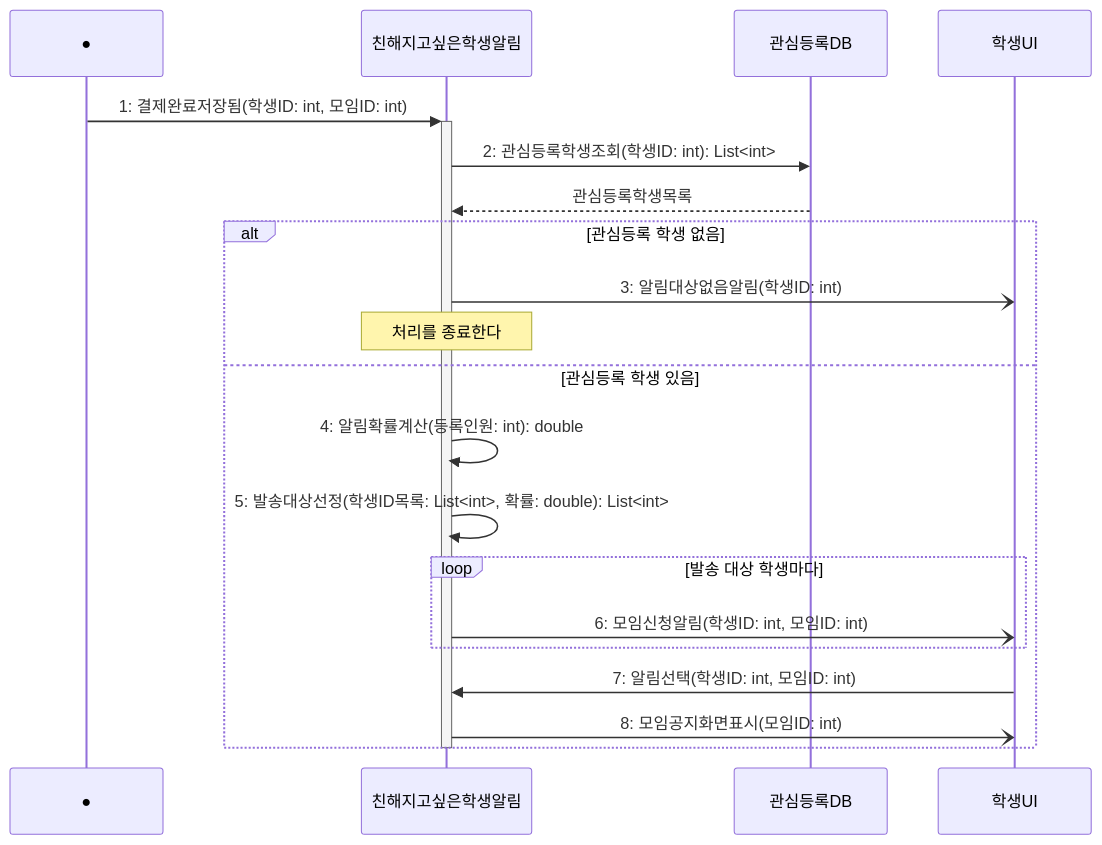
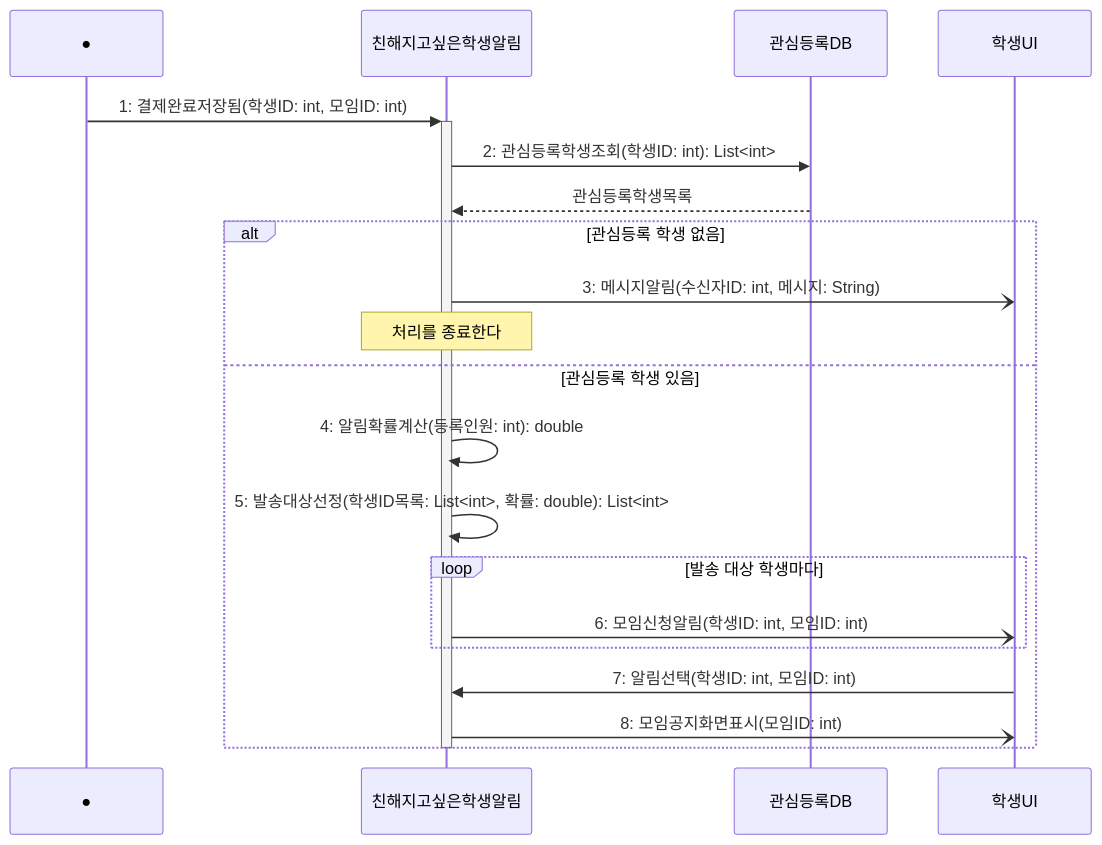
One commit to hojae3/sw-engineering-16 changed the diagram in sequence/seq-03.md. Above: the diagram before and after it, drawn with Mermaid. The commit also changed other lines of this file and 19 other files, not shown here.

````diff
--- a/sequence/seq-03.md
+++ b/sequence/seq-03.md
@@ -22,25 +22,25 @@
 ```mermaid
 sequenceDiagram
     participant Found as ●
     participant 알림 as 친해지고싶은학생알림
     participant 관심DB as 관심등록DB
     participant 학생UI as 학생UI
 
     Found->>+알림: 1: 결제완료저장됨(학생ID: int, 모임ID: int)
     알림->>관심DB: 2: 관심등록학생조회(학생ID: int): List<int>
     관심DB-->>알림: 관심등록학생목록
 
     alt 관심등록 학생 없음
-        알림-)학생UI: 3: 알림대상없음알림(학생ID: int)
+        알림-)학생UI: 3: 메시지알림(수신자ID: int, 메시지: String)
         Note over 알림: 처리를 종료한다
     else 관심등록 학생 있음
         알림->>알림: 4: 알림확률계산(등록인원: int): double
         알림->>알림: 5: 발송대상선정(학생ID목록: List<int>, 확률: double): List<int>
         loop 발송 대상 학생마다
             알림-)학생UI: 6: 모임신청알림(학생ID: int, 모임ID: int)
         end
         학생UI->>알림: 7: 알림선택(학생ID: int, 모임ID: int)
         알림-)학생UI: 8: 모임공지화면표시(모임ID: int)
     end
     deactivate 알림
 ```
````
